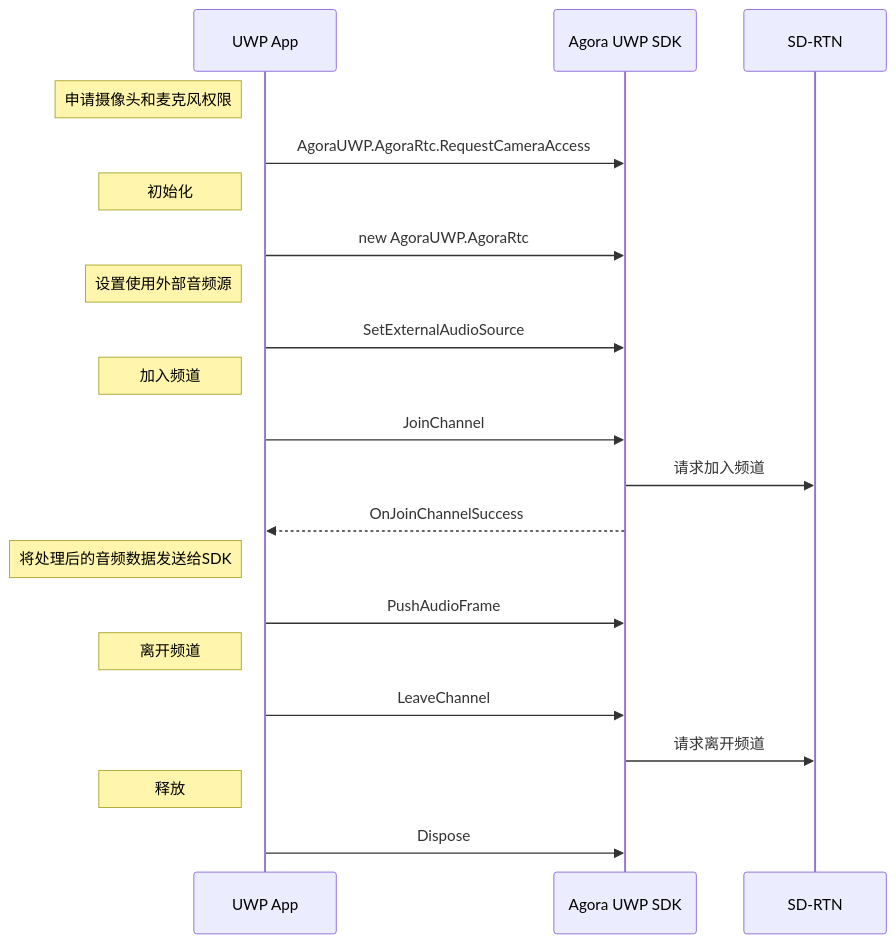
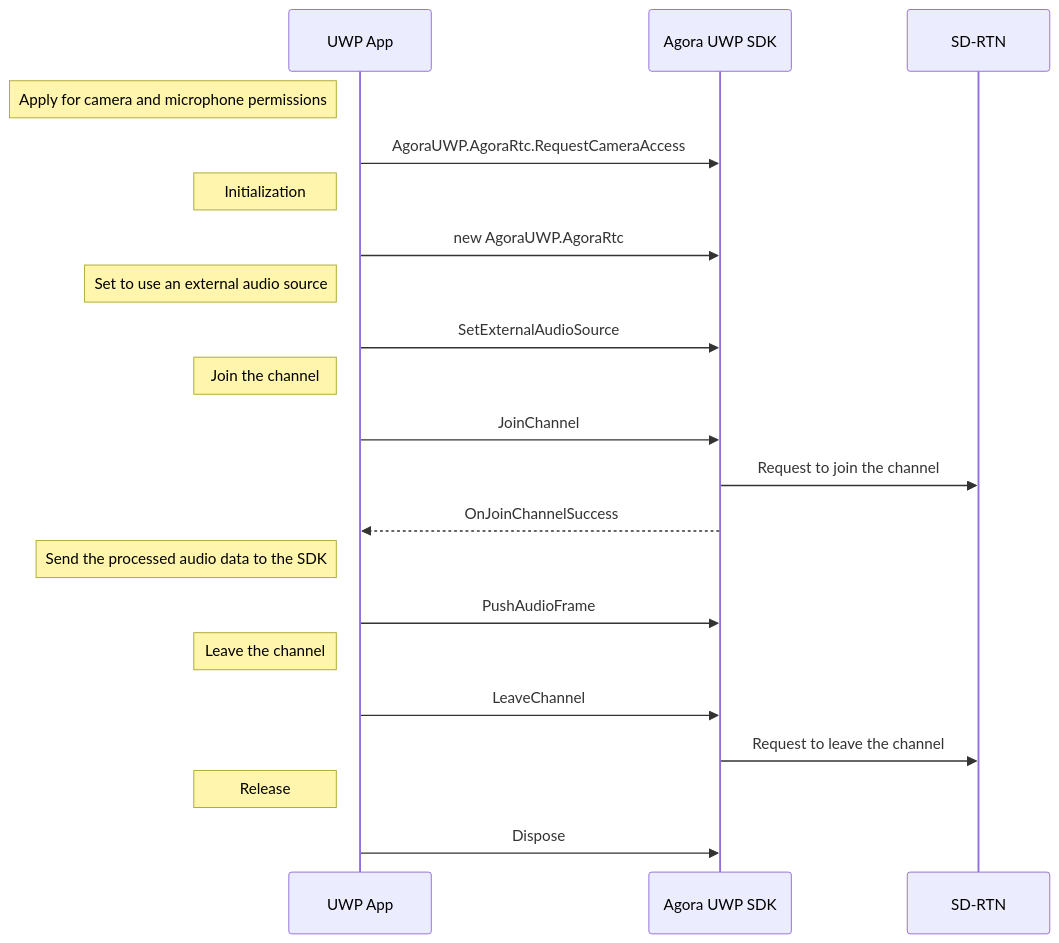
Before and after one commit to AgoraIO-Community/AgoraWinRT: the second of 3 diagrams in README.md, drawn with Mermaid. The commit also changed other lines of this file and 5 other files, not shown here.

````diff
--- a/README.md
+++ b/README.md
@@ -251,23 +264,23 @@
 ```mermaid
 sequenceDiagram
 participant UWP as UWP App
 participant SDK as Agora UWP SDK
 participant Agora as SD-RTN
-Note left of UWP: 申请摄像头和麦克风权限
+Note left of UWP: Apply for camera and microphone permissions
 UWP->>SDK: AgoraUWP.AgoraRtc.RequestCameraAccess
-Note left of UWP: 初始化
+Note left of UWP: Initialization
 UWP->>SDK: new AgoraUWP.AgoraRtc
-Note left of UWP: 设置使用外部音频源
+Note left of UWP: Set to use an external audio source
 UWP->>SDK: SetExternalAudioSource
-Note left of UWP: 加入频道
+Note left of UWP: Join the channel
 UWP->>SDK: JoinChannel
-SDK->>Agora: 请求加入频道
+SDK->>Agora: Request to join the channel
 SDK-->>UWP: OnJoinChannelSuccess
-Note left of UWP: 将处理后的音频数据发送给SDK
+Note left of UWP: Send the processed audio data to the SDK
 UWP->>SDK: PushAudioFrame
-Note left of UWP: 离开频道
+Note left of UWP: Leave the channel
 UWP->>SDK: LeaveChannel
-SDK->>Agora: 请求离开频道
-Note left of UWP: 释放
+SDK->>Agora: Request to leave the channel
+Note left of UWP: Release
 UWP->>SDK: Dispose
 ```
````
